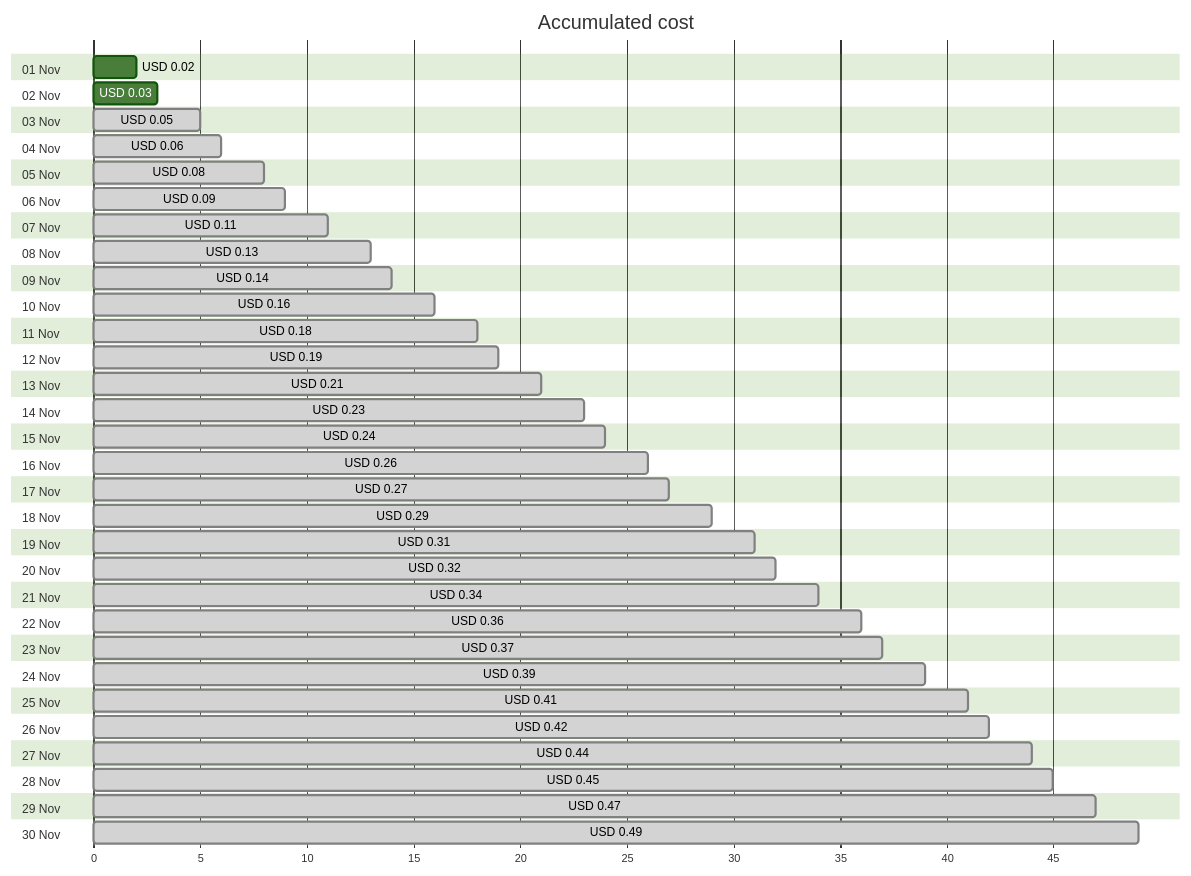
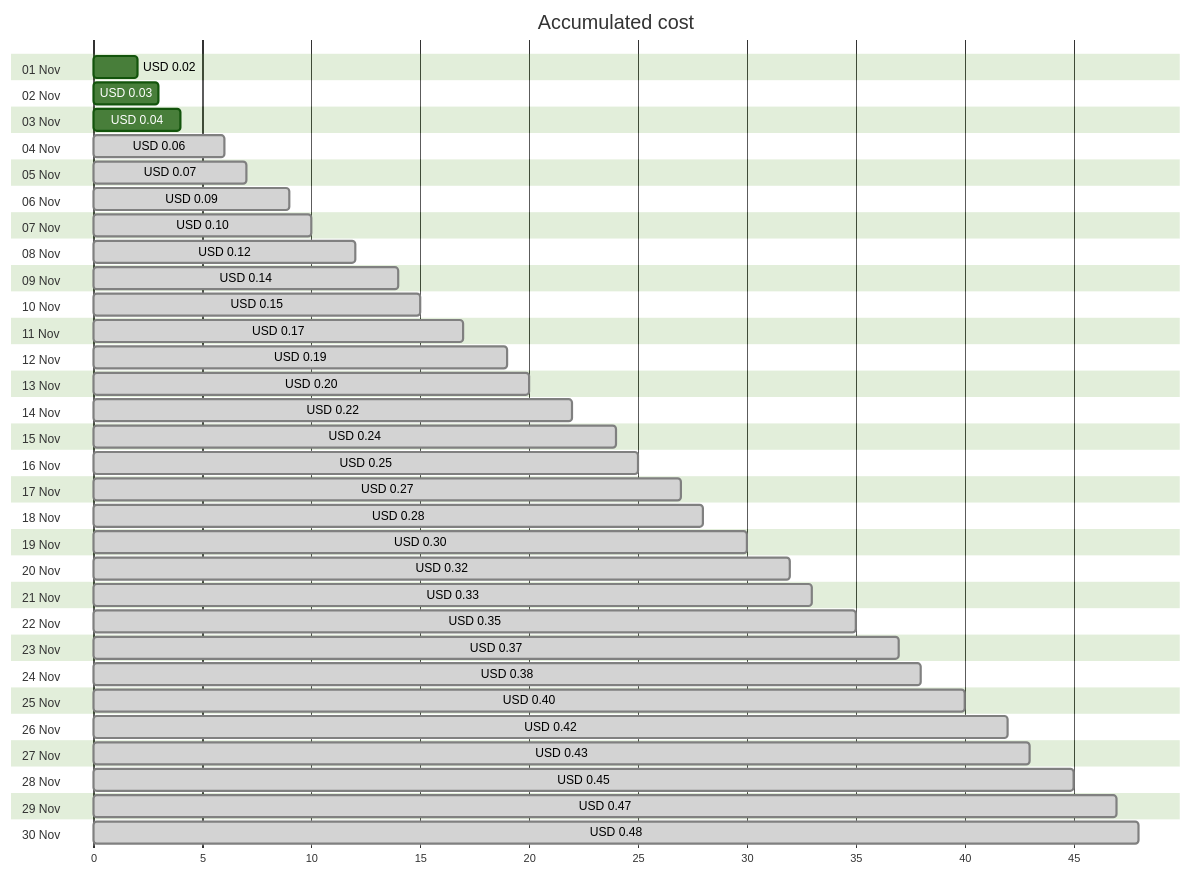
The first of 4 diagrams in cost-reports/personal-dns/jpatrickfulton.dev.md (jpfulton/azure-personal-reports), drawn with Mermaid (forest theme) before and after one commit. The commit also changed other lines of this file and 2 other files, not shown here.

Commit message:
Generated reports [skip ci]

````diff
--- a/cost-reports/personal-dns/jpatrickfulton.dev.md
+++ b/cost-reports/personal-dns/jpatrickfulton.dev.md
@@ -20,66 +20,66 @@
 ```mermaid
 gantt
    title Accumulated cost
    dateFormat  X
    axisFormat %s
    section 01 Nov
    USD 0.02 :0, 2
    section 02 Nov
    USD 0.03 :0, 3
    section 03 Nov
-   USD 0.05 : done, 0, 5
+   USD 0.04 :0, 4
    section 04 Nov
    USD 0.06 : done, 0, 6
    section 05 Nov
-   USD 0.08 : done, 0, 8
+   USD 0.07 : done, 0, 7
    section 06 Nov
    USD 0.09 : done, 0, 9
    section 07 Nov
-   USD 0.11 : done, 0, 11
+   USD 0.10 : done, 0, 10
    section 08 Nov
-   USD 0.13 : done, 0, 13
+   USD 0.12 : done, 0, 12
    section 09 Nov
    USD 0.14 : done, 0, 14
    section 10 Nov
-   USD 0.16 : done, 0, 16
+   USD 0.15 : done, 0, 15
    section 11 Nov
-   USD 0.18 : done, 0, 18
+   USD 0.17 : done, 0, 17
    section 12 Nov
    USD 0.19 : done, 0, 19
    section 13 Nov
-   USD 0.21 : done, 0, 21
+   USD 0.20 : done, 0, 20
    section 14 Nov
-   USD 0.23 : done, 0, 23
+   USD 0.22 : done, 0, 22
    section 15 Nov
    USD 0.24 : done, 0, 24
    section 16 Nov
-   USD 0.26 : done, 0, 26
+   USD 0.25 : done, 0, 25
    section 17 Nov
    USD 0.27 : done, 0, 27
    section 18 Nov
-   USD 0.29 : done, 0, 29
+   USD 0.28 : done, 0, 28
    section 19 Nov
-   USD 0.31 : done, 0, 31
+   USD 0.30 : done, 0, 30
    section 20 Nov
    USD 0.32 : done, 0, 32
    section 21 Nov
-   USD 0.34 : done, 0, 34
+   USD 0.33 : done, 0, 33
    section 22 Nov
-   USD 0.36 : done, 0, 36
+   USD 0.35 : done, 0, 35
    section 23 Nov
    USD 0.37 : done, 0, 37
    section 24 Nov
-   USD 0.39 : done, 0, 39
+   USD 0.38 : done, 0, 38
    section 25 Nov
-   USD 0.41 : done, 0, 41
+   USD 0.40 : done, 0, 40
    section 26 Nov
    USD 0.42 : done, 0, 42
    section 27 Nov
-   USD 0.44 : done, 0, 44
+   USD 0.43 : done, 0, 43
    section 28 Nov
    USD 0.45 : done, 0, 45
    section 29 Nov
    USD 0.47 : done, 0, 47
    section 30 Nov
-   USD 0.49 : done, 0, 49
+   USD 0.48 : done, 0, 48
 ```
````
